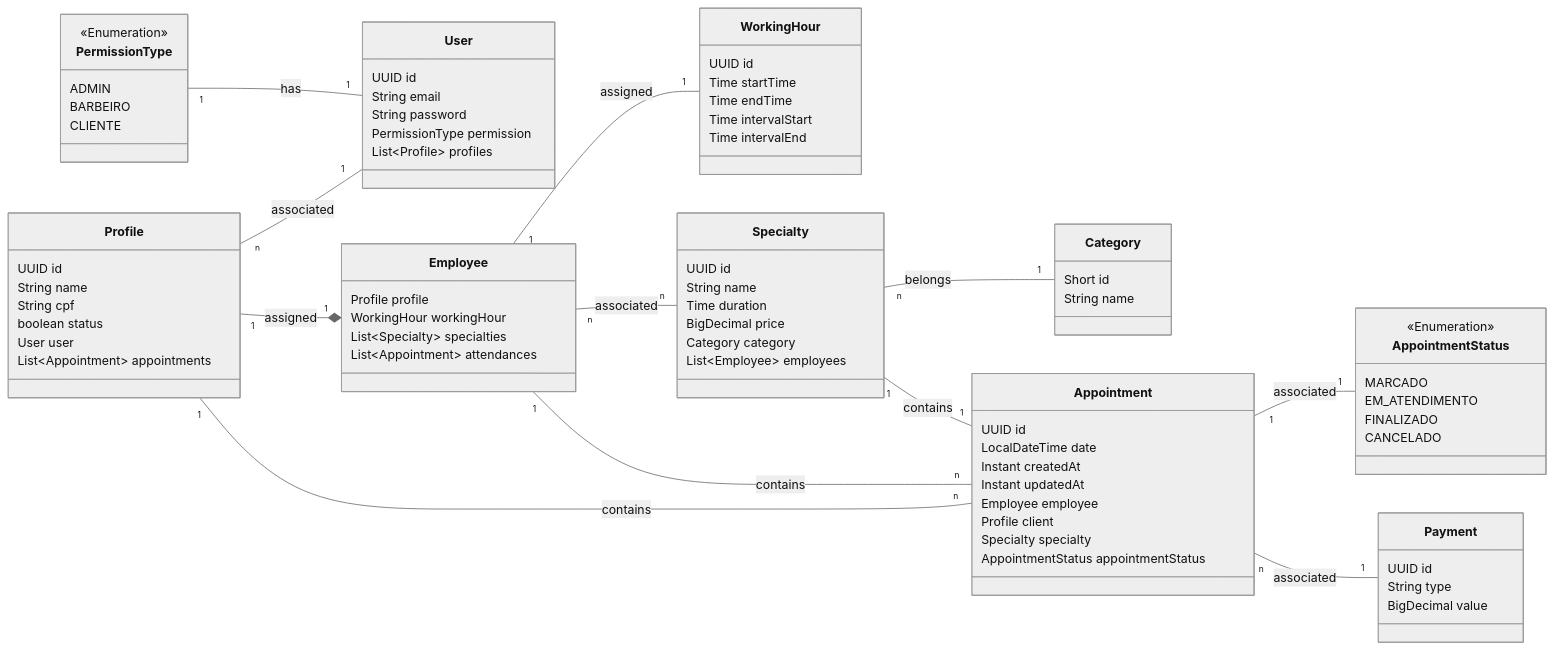
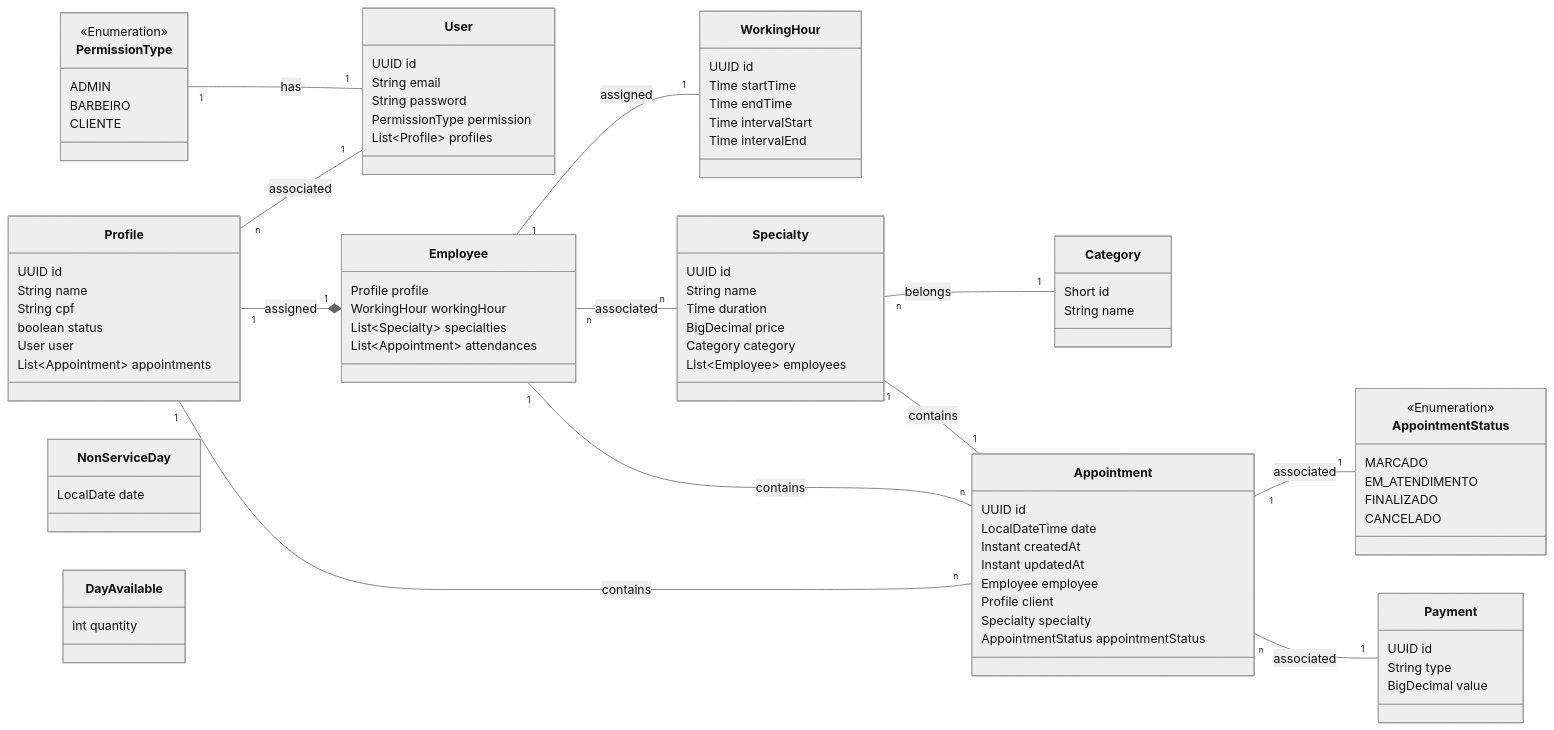
Before and after one commit to marcelo-de-santana/jubas-backend: the diagram in README.md, drawn with Mermaid (neutral theme). The commit also changed 5 other files, not shown here.

```diff
--- a/README.md
+++ b/README.md
@@ -115,6 +115,14 @@
         FINALIZADO
         CANCELADO
     }
+    
+    class NonServiceDay {
+        LocalDate date
+    }
+
+    class DayAvailable {
+        int quantity
+    }
 
     class Payment {
         UUID id
```
